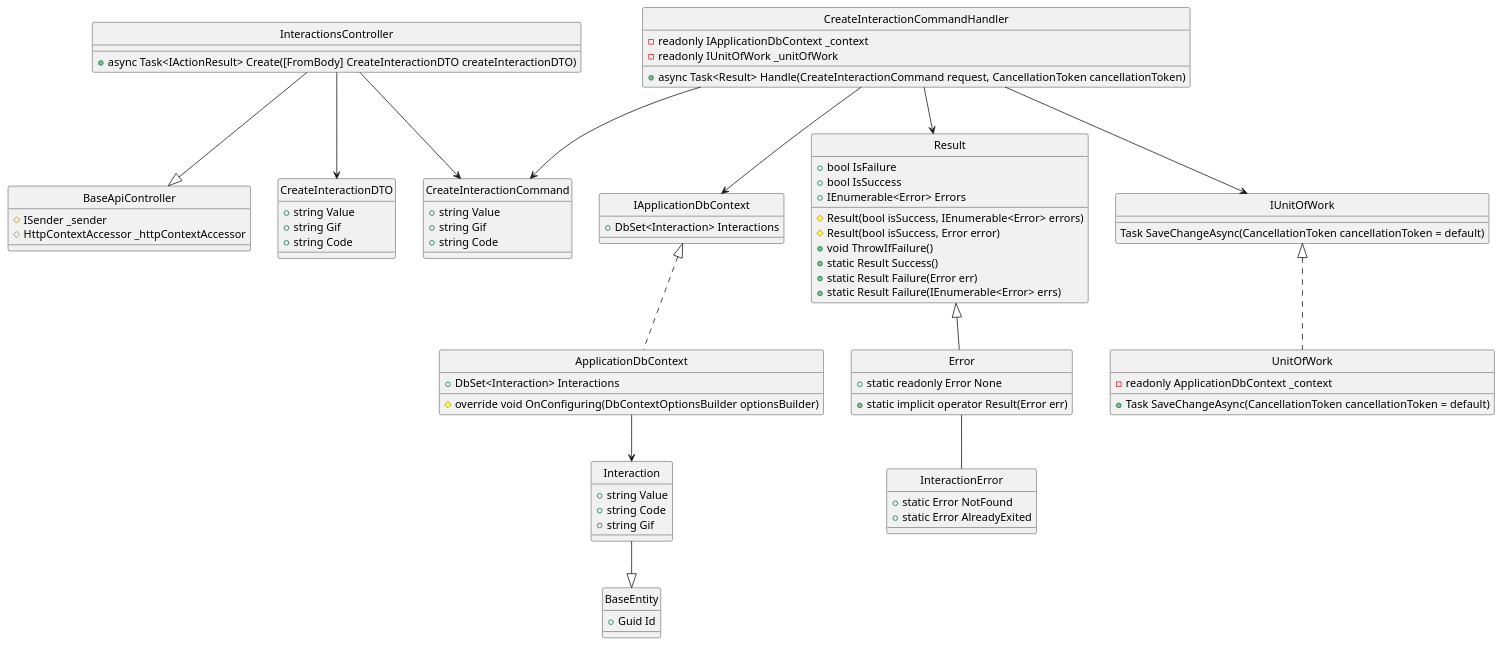
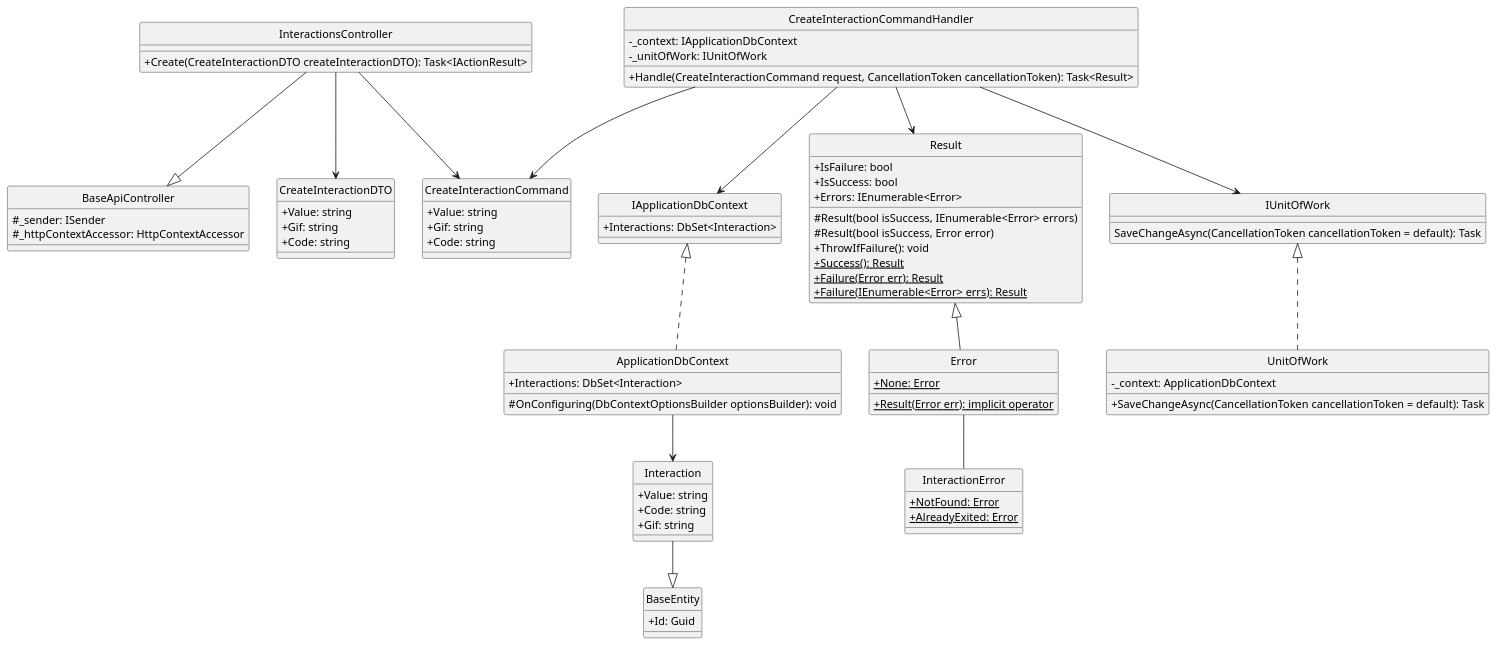
The diagram in docs/Class Diagram/Post/Interactions/CreateInteraction/ClassDiagram.plantuml (Carl-Johnsons/Chat-Application), drawn with PlantUML before and after one commit. The commit also changed 21 other files, not shown here.

```diff
--- a/docs/Class Diagram/Post/Interactions/CreateInteraction/ClassDiagram.plantuml
+++ b/docs/Class Diagram/Post/Interactions/CreateInteraction/ClassDiagram.plantuml
@@ -1,94 +1,100 @@
 @startuml 
 hide circle
+skinparam classAttributeIconSize 0
 
 class BaseApiController {
-    #ISender _sender
-    #HttpContextAccessor _httpContextAccessor
+    #_sender: ISender
+    #_httpContextAccessor: HttpContextAccessor
 }
 
 class InteractionsController {
-    +async Task<IActionResult> Create([FromBody] CreateInteractionDTO createInteractionDTO)
+    +Create(CreateInteractionDTO createInteractionDTO): Task<IActionResult>
 }
 
 class CreateInteractionCommand {
-    +string Value
-    +string Gif
-    +string Code
+    +Value: string
+    +Gif: string
+    +Code: string
 }
 
 class CreateInteractionCommandHandler {
-    -readonly IApplicationDbContext _context
-    -readonly IUnitOfWork _unitOfWork
-    +async Task<Result> Handle(CreateInteractionCommand request, CancellationToken cancellationToken)
+    -_context: IApplicationDbContext 
+    -_unitOfWork: IUnitOfWork
+    +Handle(CreateInteractionCommand request, CancellationToken cancellationToken): Task<Result> 
 }
 
 class IApplicationDbContext {
-    +DbSet<Interaction> Interactions
+    +Interactions: DbSet<Interaction>
 }
 
 class ApplicationDbContext {
-    +DbSet<Interaction> Interactions
-    #override void OnConfiguring(DbContextOptionsBuilder optionsBuilder)
+    +Interactions: DbSet<Interaction>
+    #OnConfiguring(DbContextOptionsBuilder optionsBuilder): void
 }
 
 class Result {
-    +bool IsFailure
-    +bool IsSuccess
-    +IEnumerable<Error> Errors
+    +IsFailure: bool 
+    +IsSuccess: bool
+    +Errors: IEnumerable<Error>
     #Result(bool isSuccess, IEnumerable<Error> errors)
     #Result(bool isSuccess, Error error)
-    +void ThrowIfFailure()
-    +static Result Success()
-    +static Result Failure(Error err)
-    +static Result Failure(IEnumerable<Error> errs)
+    +ThrowIfFailure(): void
+    +{static} Success(): Result
+    +{static} Failure(Error err): Result
+    +{static} Failure(IEnumerable<Error> errs): Result
 }
 
 class Error {
-    +static readonly Error None
-    +static implicit operator Result(Error err)
+    +{static} None: Error
+    +{static} Result(Error err): implicit operator
 }
 
 class IUnitOfWork {
-    Task SaveChangeAsync(CancellationToken cancellationToken = default)
+    SaveChangeAsync(CancellationToken cancellationToken = default): Task
 }
 
 class UnitOfWork {
-    -readonly ApplicationDbContext _context
-    +Task SaveChangeAsync(CancellationToken cancellationToken = default)
+    -_context: ApplicationDbContext
+    +SaveChangeAsync(CancellationToken cancellationToken = default): Task
 }
 
 class InteractionError {
-    +static Error NotFound
-    +static Error AlreadyExited
+    +{static} NotFound: Error
+    +{static} AlreadyExited: Error
 }
 
 class CreateInteractionDTO {
-    +string Value
-    +string Gif
-    +string Code
+    +Value: string
+    +Gif: string
+    +Code: string
 }
 
 class BaseEntity {
-    +Guid Id
+    +Id: Guid
 }
 
 class Interaction {
-    +string Value
-    +string Code
-    +string Gif
+    +Value: string
+    +Code: string
+    +Gif: string
 }
 
+'==== Create Interaction ====
+'API Layer
 InteractionsController --|> BaseApiController
 InteractionsController --> CreateInteractionCommand
 InteractionsController --> CreateInteractionDTO
+'Application Layer
 CreateInteractionCommandHandler --> CreateInteractionCommand
 CreateInteractionCommandHandler --> Result
 CreateInteractionCommandHandler --> IUnitOfWork
 CreateInteractionCommandHandler --> IApplicationDbContext
+'Domain Layer
+Result <|-- Error
+Error -- InteractionError
+Interaction --|> BaseEntity
+'Infrastructure Layer
 IUnitOfWork <|.. UnitOfWork
 IApplicationDbContext <|.. ApplicationDbContext
-Result <|-- Error
-Error -- InteractionError
 ApplicationDbContext --> Interaction
-Interaction --|> BaseEntity
 @enduml
```
